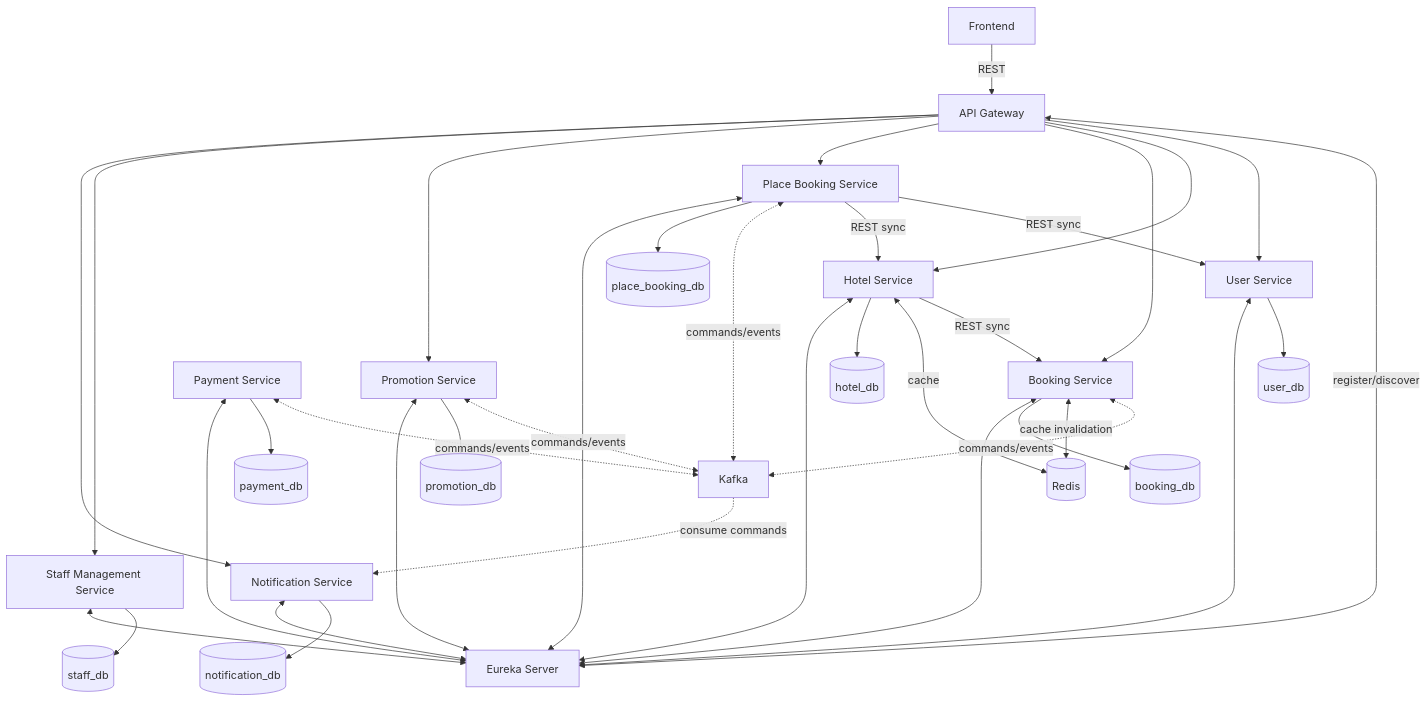
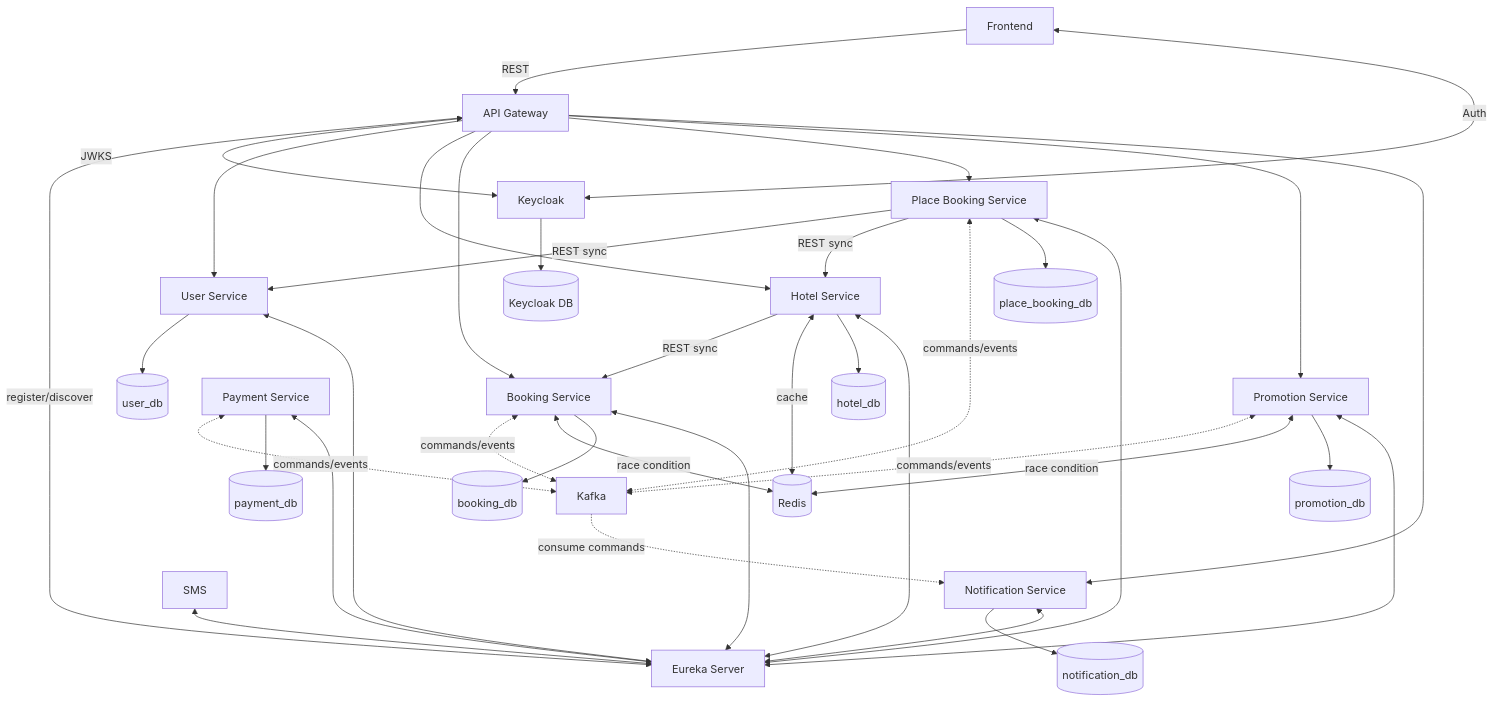
One commit to dqminh2411/hotel-booking-system changed the diagram in docs/architecture.md. Above: the diagram before and after it, drawn with Mermaid. The commit also changed 41 other files, not shown here.

````diff
--- a/docs/architecture.md
+++ b/docs/architecture.md
@@ -94,44 +94,48 @@
 ```mermaid
 flowchart TB
     Client[Frontend] -->|REST| GW[API Gateway]
+
+    Client <-->|Auth| KC[Keycloak]
+    
+    KC --> KCDB[(Keycloak DB)]
     GW <-->|register/discover| Eureka[Eureka Server]
-
+    GW <--> |JWKS| KC
     GW --> US[User Service]
     GW --> HS[Hotel Service]
     GW --> BS[Booking Service]
     GW --> PB[Place Booking Service]
     GW --> PRS[Promotion Service]
-    GW --> SMS[Staff Management Service]
+    
     GW --> NS[Notification Service]
 
     PB -->|REST sync| US
     PB -->|REST sync| HS
     HS -->|REST sync| BS
 
     PB <-.->|commands/events| Kafka[Kafka]
     BS <-.->|commands/events| Kafka
     PS[Payment Service] <-.->|commands/events| Kafka
     PRS <-.->|commands/events| Kafka
     Kafka -.->|consume commands| NS
 
     HS <-->|cache| Redis[(Redis)]
-    BS <-->|cache invalidation| Redis
+    BS <-->|race condition| Redis
 
+    PRS <--> |race condition| Redis
     US --> UDB[(user_db)]
     HS --> HDB[(hotel_db)]
     BS --> BDB[(booking_db)]
     PB --> PBDB[(place_booking_db)]
     PS --> PDB[(payment_db)]
     PRS --> PRDB[(promotion_db)]
-    SMS --> SDB[(staff_db)]
     NS --> NDB[(notification_db)]
 
     US <--> Eureka
     HS <--> Eureka
     BS <--> Eureka
     PB <--> Eureka
     PS <--> Eureka
     PRS <--> Eureka
     SMS <--> Eureka
     NS <--> Eureka
 ```
````
